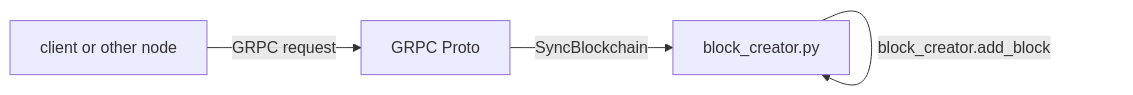
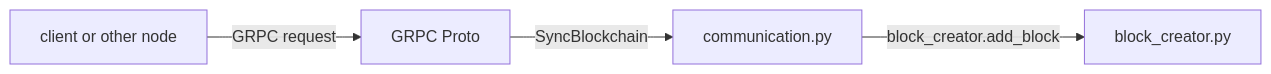
Before and after one commit to lmtrarbach/blockchain-python: the diagram in src/blockchain/README.md, drawn with Mermaid.

````diff
--- a/src/blockchain/README.md
+++ b/src/blockchain/README.md
@@ -1,5 +1,5 @@
 ```mermaid
 graph LR
     A[client or other node] -- GRPC request --> B[GRPC Proto] -- SyncBlockchain --> C[communication.py]
-    C -- block_creator.add_block --> C[block_creator.py]
+    C -- block_creator.add_block --> D[block_creator.py]
 ```
````
